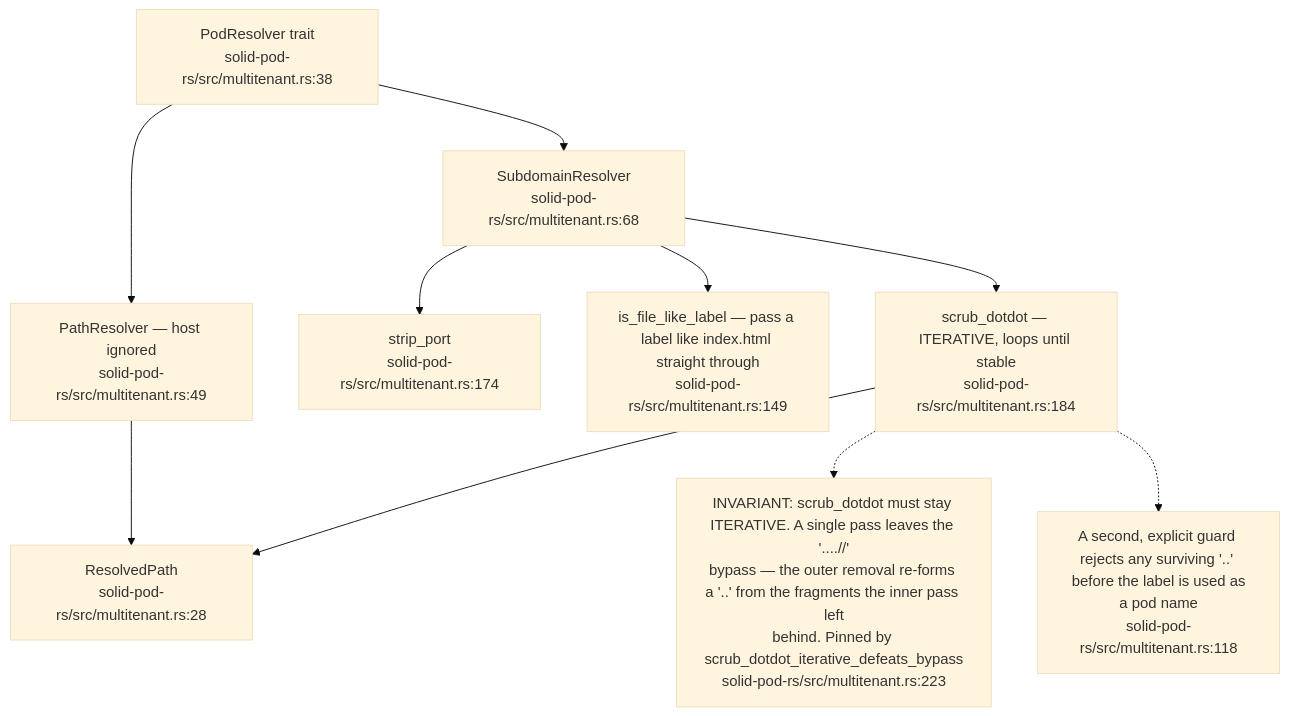
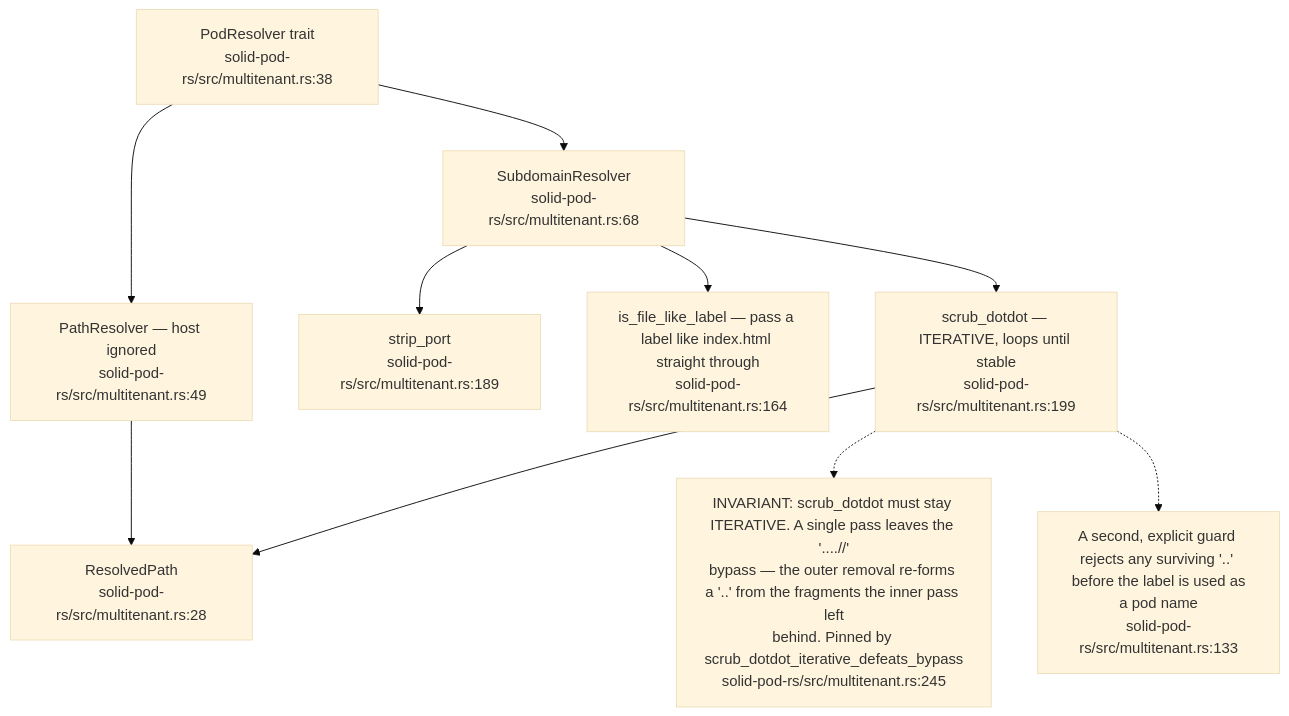
The sixth of 11 diagrams in docs/diagrams/solid-pod-rs/06-storage-quota-and-git-pods.md (DreamLab-AI/VisionFlow), drawn with Mermaid (base theme) before and after one commit. The commit also changed other lines of this file and 145 other files, not shown here.

````diff
--- a/docs/diagrams/solid-pod-rs/06-storage-quota-and-git-pods.md
+++ b/docs/diagrams/solid-pod-rs/06-storage-quota-and-git-pods.md
@@ -160,20 +160,20 @@
 ```mermaid
 flowchart TD
     RES["PodResolver trait<br/>solid-pod-rs/src/multitenant.rs:38"]
     PR["PathResolver — host ignored<br/>solid-pod-rs/src/multitenant.rs:49"]
     SR["SubdomainResolver<br/>solid-pod-rs/src/multitenant.rs:68"]
-    SP["strip_port<br/>solid-pod-rs/src/multitenant.rs:174"]
-    FL["is_file_like_label — pass a label like index.html straight through<br/>solid-pod-rs/src/multitenant.rs:149"]
-    SD["scrub_dotdot — ITERATIVE, loops until stable<br/>solid-pod-rs/src/multitenant.rs:184"]
+    SP["strip_port<br/>solid-pod-rs/src/multitenant.rs:189"]
+    FL["is_file_like_label — pass a label like index.html straight through<br/>solid-pod-rs/src/multitenant.rs:164"]
+    SD["scrub_dotdot — ITERATIVE, loops until stable<br/>solid-pod-rs/src/multitenant.rs:199"]
     OUT["ResolvedPath<br/>solid-pod-rs/src/multitenant.rs:28"]
 
     RES --> PR --> OUT
     RES --> SR --> SP
     SR --> FL
     SR --> SD --> OUT
 
-    N["INVARIANT: scrub_dotdot must stay ITERATIVE. A single pass leaves the '....//'<br/>bypass — the outer removal re-forms a '..' from the fragments the inner pass left<br/>behind. Pinned by scrub_dotdot_iterative_defeats_bypass<br/>solid-pod-rs/src/multitenant.rs:223"]
+    N["INVARIANT: scrub_dotdot must stay ITERATIVE. A single pass leaves the '....//'<br/>bypass — the outer removal re-forms a '..' from the fragments the inner pass left<br/>behind. Pinned by scrub_dotdot_iterative_defeats_bypass<br/>solid-pod-rs/src/multitenant.rs:245"]
     SD -.-> N
-    N2["A second, explicit guard rejects any surviving '..' before the label is used as<br/>a pod name<br/>solid-pod-rs/src/multitenant.rs:118"]
+    N2["A second, explicit guard rejects any surviving '..' before the label is used as<br/>a pod name<br/>solid-pod-rs/src/multitenant.rs:133"]
     SD -.-> N2
 ```
````
